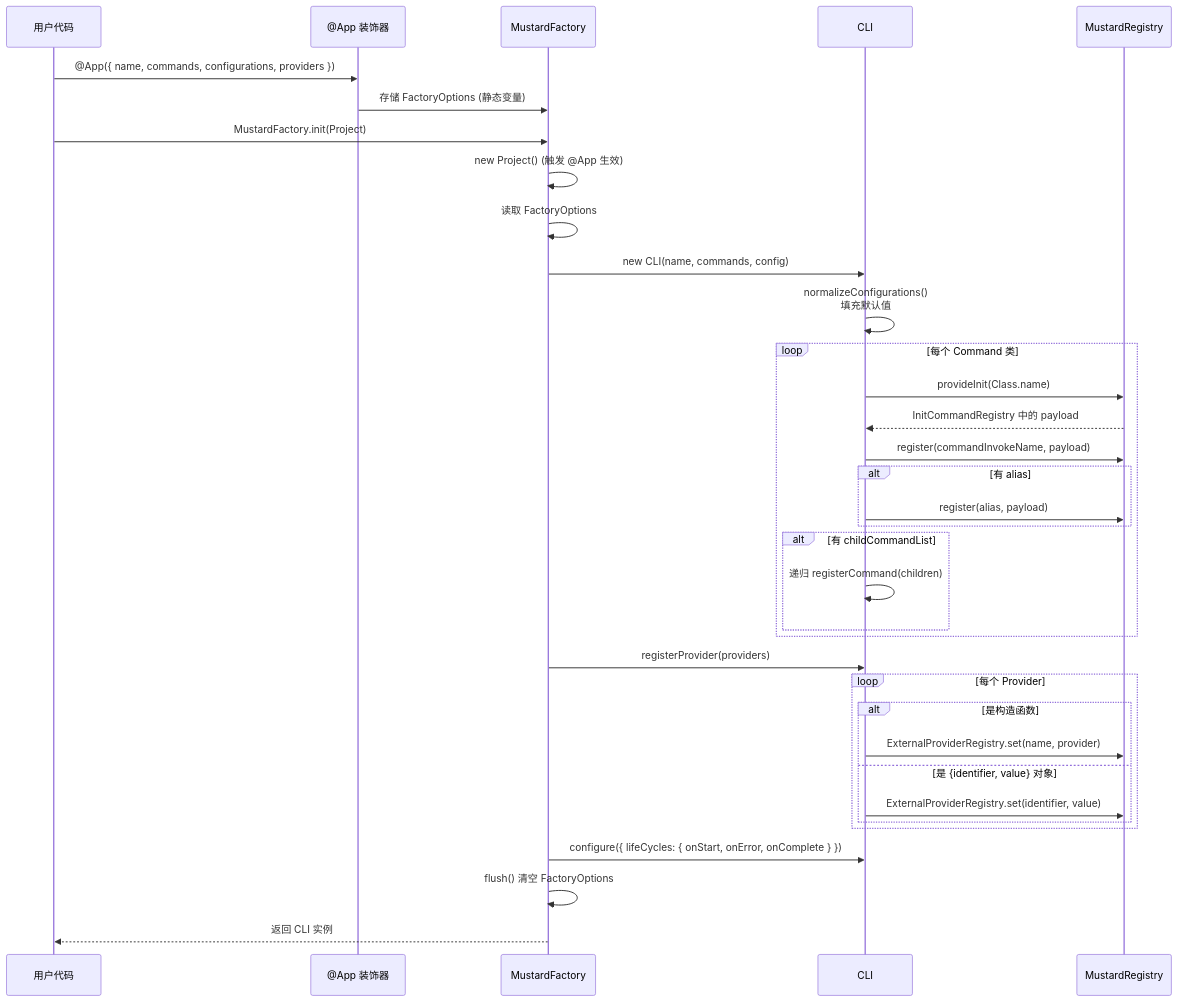
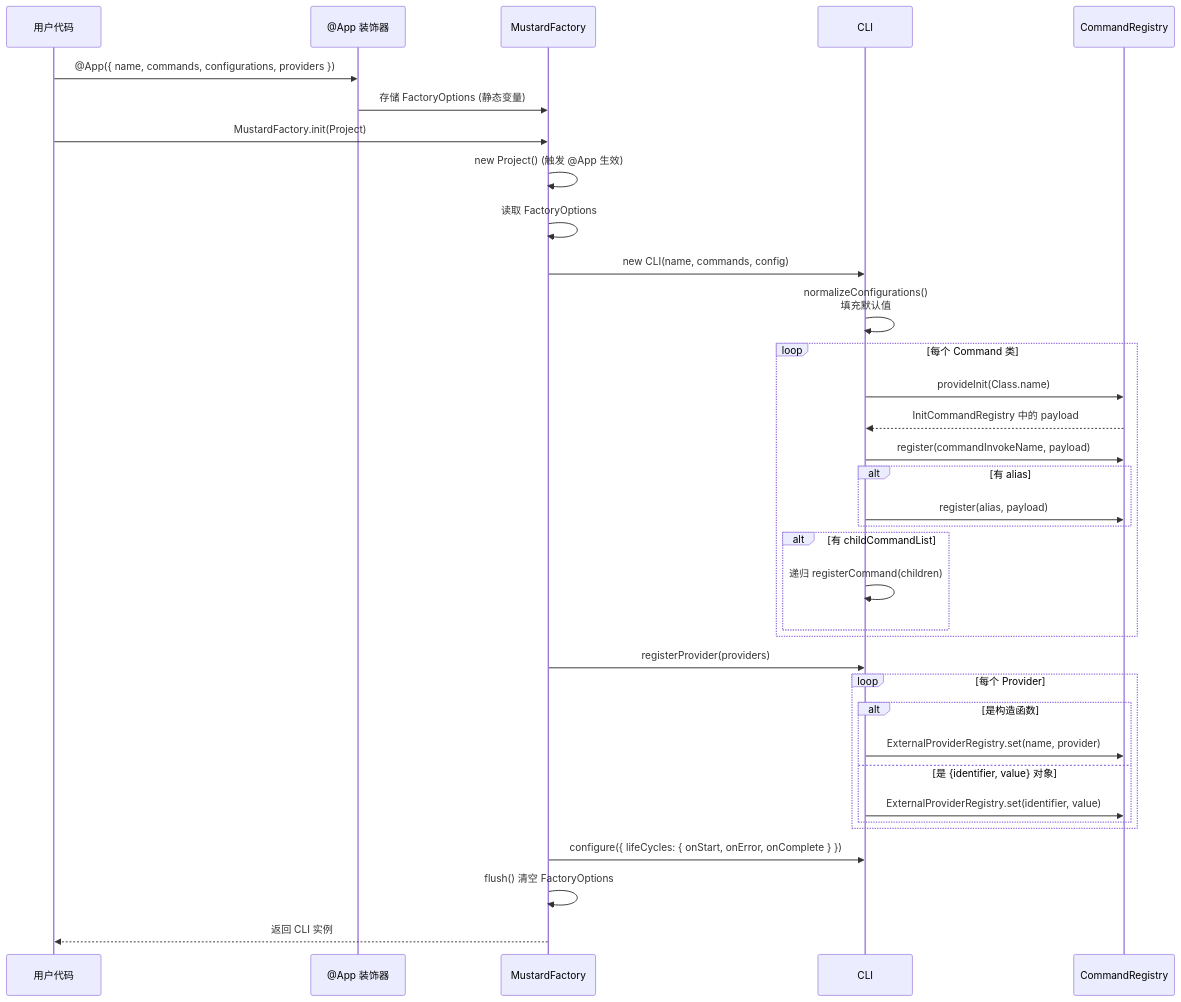
Before and after one commit to LinbuduLab/Mustard: the seventh of 16 diagrams in packages/sample/workflow.md, drawn with Mermaid. The commit also changed other lines of this file and 76 other files, not shown here.

````diff
--- a/packages/sample/workflow.md
+++ b/packages/sample/workflow.md
@@ -198,43 +198,43 @@
 ```mermaid
 sequenceDiagram
     participant User as 用户代码
     participant App as @App 装饰器
     participant Factory as MustardFactory
     participant CLIClass as CLI
-    participant Registry as MustardRegistry
+    participant Registry as CommandRegistry
 
     User->>App: @App({ name, commands, configurations, providers })
     App->>Factory: 存储 FactoryOptions (静态变量)
 
     User->>Factory: MustardFactory.init(Project)
     Factory->>Factory: new Project() (触发 @App 生效)
     Factory->>Factory: 读取 FactoryOptions
 
     Factory->>CLIClass: new CLI(name, commands, config)
     CLIClass->>CLIClass: normalizeConfigurations()<br/>填充默认值
 
     loop 每个 Command 类
         CLIClass->>Registry: provideInit(Class.name)
         Registry-->>CLIClass: InitCommandRegistry 中的 payload
         CLIClass->>Registry: register(commandInvokeName, payload)
         alt 有 alias
             CLIClass->>Registry: register(alias, payload)
         end
         alt 有 childCommandList
             CLIClass->>CLIClass: 递归 registerCommand(children)
         end
     end
 
     Factory->>CLIClass: registerProvider(providers)
     loop 每个 Provider
         alt 是构造函数
             CLIClass->>Registry: ExternalProviderRegistry.set(name, provider)
         else 是 {identifier, value} 对象
             CLIClass->>Registry: ExternalProviderRegistry.set(identifier, value)
         end
     end
 
     Factory->>CLIClass: configure({ lifeCycles: { onStart, onError, onComplete } })
     Factory->>Factory: flush() 清空 FactoryOptions
     Factory-->>User: 返回 CLI 实例
 ```
````
